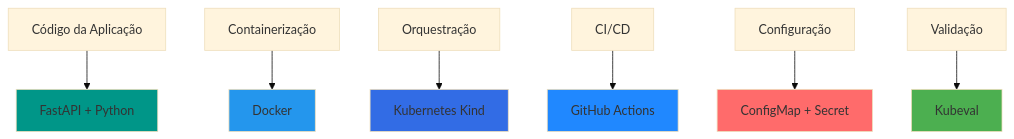
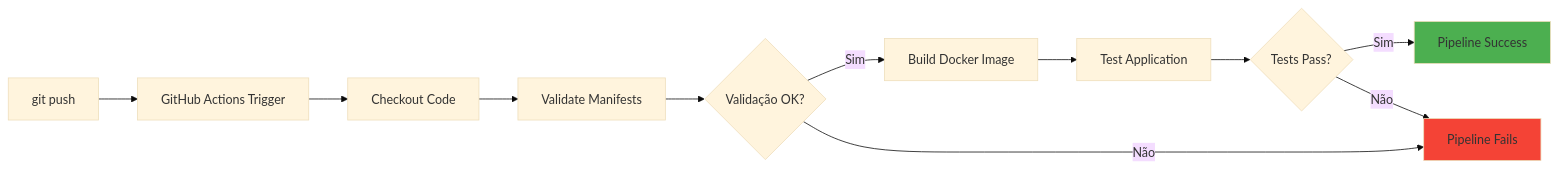
One commit to CarlosZambonii/kubernetsProjeto changed the sixth of 6 diagrams in README.md. Above: the diagram before and after it, drawn with Mermaid (base theme). The commit also changed other lines of this file, not shown here.

````diff
--- a/README.md
+++ b/README.md
@@ -190,16 +620,16 @@
 ```mermaid
-graph TD
-    A[ Código da Aplicação] --> B[FastAPI + Python]
-    C[ Containerização] --> D[Docker]
-    E[ Orquestração] --> F[Kubernetes Kind]
-    G[ CI/CD] --> H[GitHub Actions]
-    I[ Configuração] --> J[ConfigMap + Secret]
-    K[ Validação] --> L[Kubeval]
+graph LR
+    A[git push] --> B[GitHub Actions Trigger]
+    B --> C[Checkout Code]
+    C --> D[Validate Manifests]
+    D --> E{Validação OK?}
+    E -->|Sim| F[Build Docker Image]
+    E -->|Não| G[Pipeline Fails]
+    F --> H[Test Application]
+    H --> I{Tests Pass?}
+    I -->|Sim| J[Pipeline Success]
+    I -->|Não| G
     
-    style B fill:#009688
-    style D fill:#2496ED
-    style F fill:#326CE5
-    style H fill:#2088FF
-    style J fill:#FF6B6B
-    style L fill:#4CAF50
+    style J fill:#4CAF50
+    style G fill:#F44336
 ```
````
